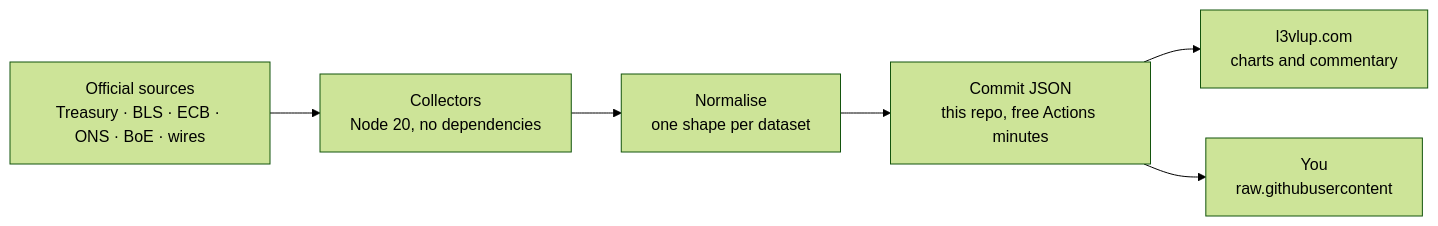
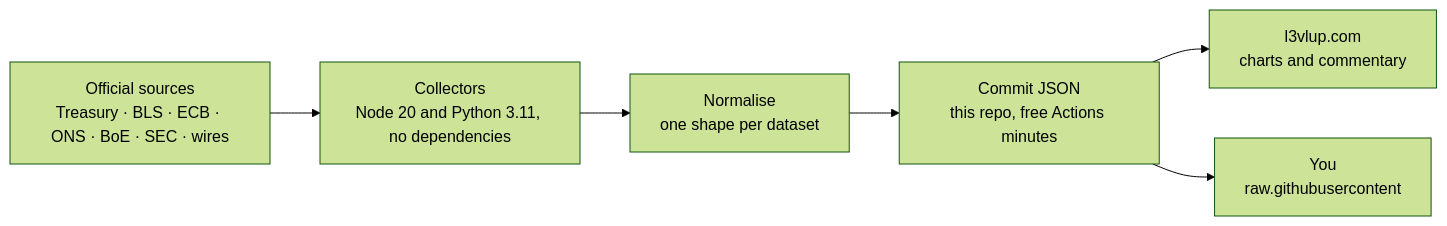
Before and after one commit to Surojitc/l3vlup-skills: the diagram in README.md, drawn with Mermaid (forest theme). The commit also changed other lines of this file and 19 other files, not shown here.

````diff
--- a/README.md
+++ b/README.md
@@ -182,8 +227,8 @@
 ```mermaid
 flowchart LR
-  A["Official sources<br/>Treasury · BLS · ECB · ONS · BoE · wires"] --> B["Collectors<br/>Node 20, no dependencies"]
+  A["Official sources<br/>Treasury · BLS · ECB · ONS · BoE · SEC · wires"] --> B["Collectors<br/>Node 20 and Python 3.11, no dependencies"]
   B --> C["Normalise<br/>one shape per dataset"]
   C --> D["Commit JSON<br/>this repo, free Actions minutes"]
   D --> E["l3vlup.com<br/>charts and commentary"]
   D --> F["You<br/>raw.githubusercontent"]
 ```
````
